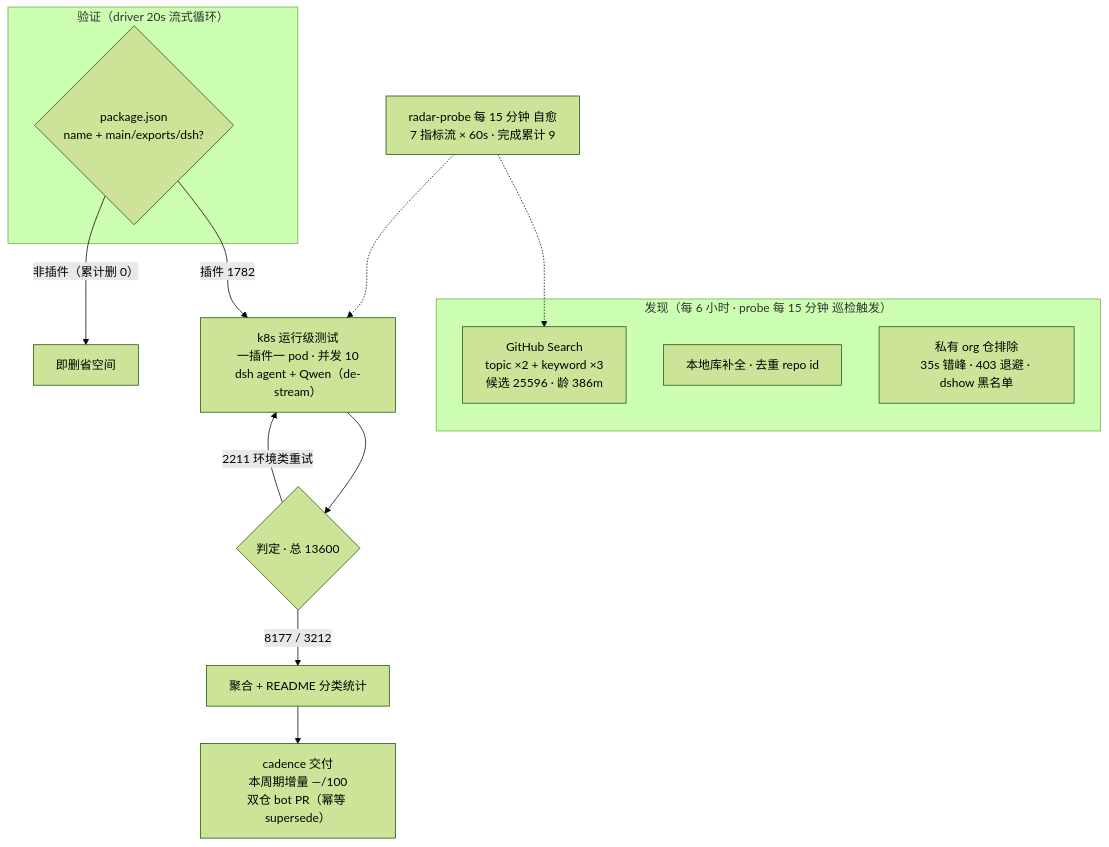
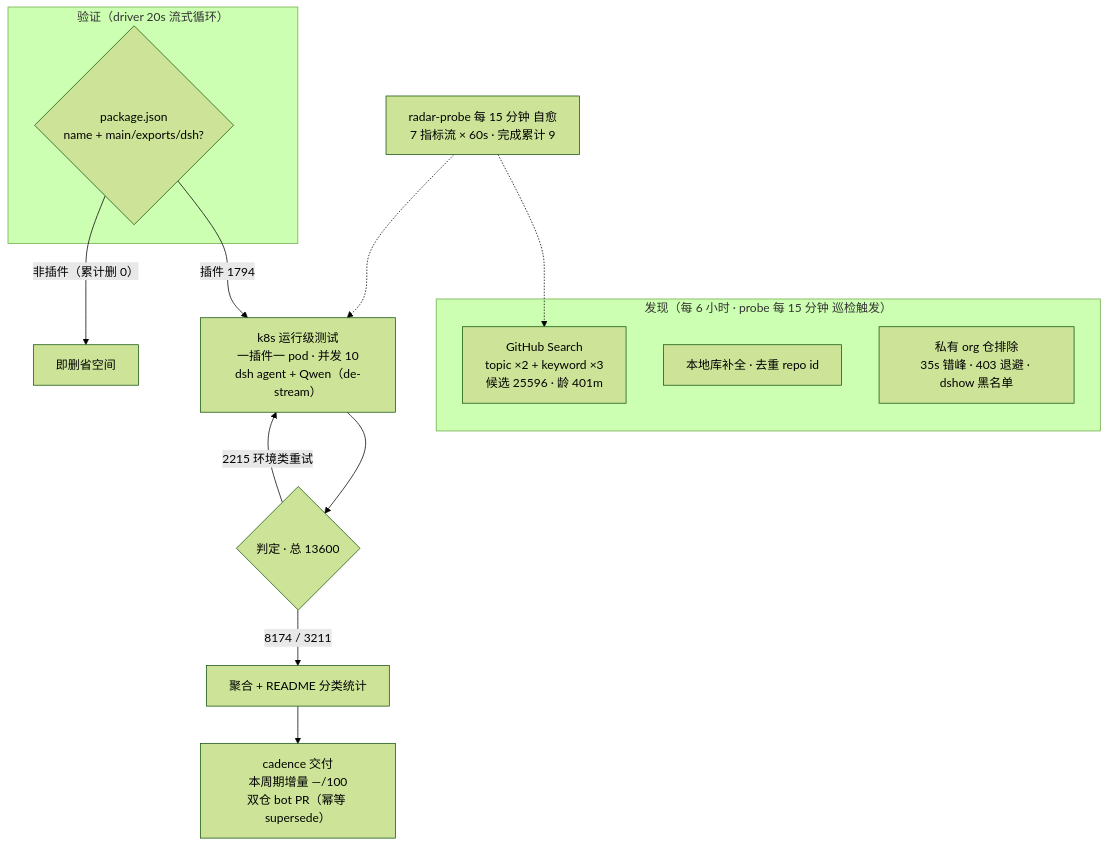
Before and after one commit to AdamPlatin123/dsh-plugin-radar: the diagram in README.md, drawn with Mermaid (forest theme). The commit also changed other lines of this file and 10 other files, not shown here.

````diff
--- a/README.md
+++ b/README.md
@@ -170,20 +172,20 @@
 ```mermaid
 flowchart TB
     subgraph Discovery["发现（每 6 小时 · probe 每 15 分钟 巡检触发）"]
-        A1["GitHub Search<br/>topic ×2 + keyword ×3<br/>候选 25596 · 龄 386m"]
+        A1["GitHub Search<br/>topic ×2 + keyword ×3<br/>候选 25596 · 龄 401m"]
         A2["本地库补全 · 去重 repo id"]
         A3["私有 org 仓排除<br/>35s 错峰 · 403 退避 · dshow 黑名单"]
     end
     subgraph Validation["验证（driver 20s 流式循环）"]
         B1{"package.json<br/>name + main/exports/dsh?"}
     end
-    B1 -->|"插件 1782"| C1["k8s 运行级测试<br/>一插件一 pod · 并发 10<br/>dsh agent + Qwen（de-stream）"]
+    B1 -->|"插件 1794"| C1["k8s 运行级测试<br/>一插件一 pod · 并发 10<br/>dsh agent + Qwen（de-stream）"]
     B1 -->|"非插件（累计删 0）"| B3["即删省空间"]
     C1 --> D1{"判定 · 总 13600"}
-    D1 -->|"8177 / 3212"| E1["聚合 + README 分类统计"]
-    D1 -->|"2211 环境类重试"| C1
+    D1 -->|"8174 / 3211"| E1["聚合 + README 分类统计"]
+    D1 -->|"2215 环境类重试"| C1
     E1 --> E2["cadence 交付<br/>本周期增量 —/100<br/>双仓 bot PR（幂等 supersede）"]
     M["radar-probe 每 15 分钟 自愈<br/>7 指标流 × 60s · 完成累计 9"]
     M -.-> A1
     M -.-> C1
 ```
````
